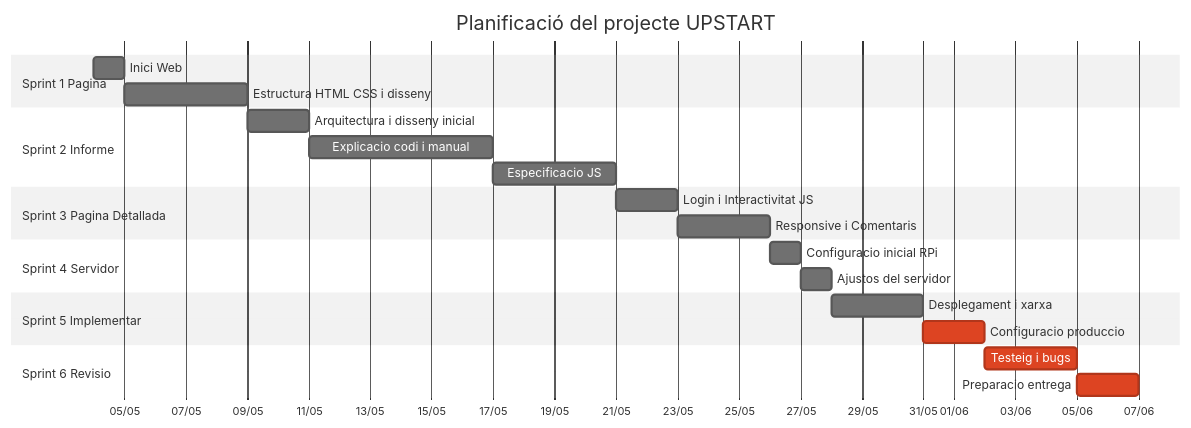
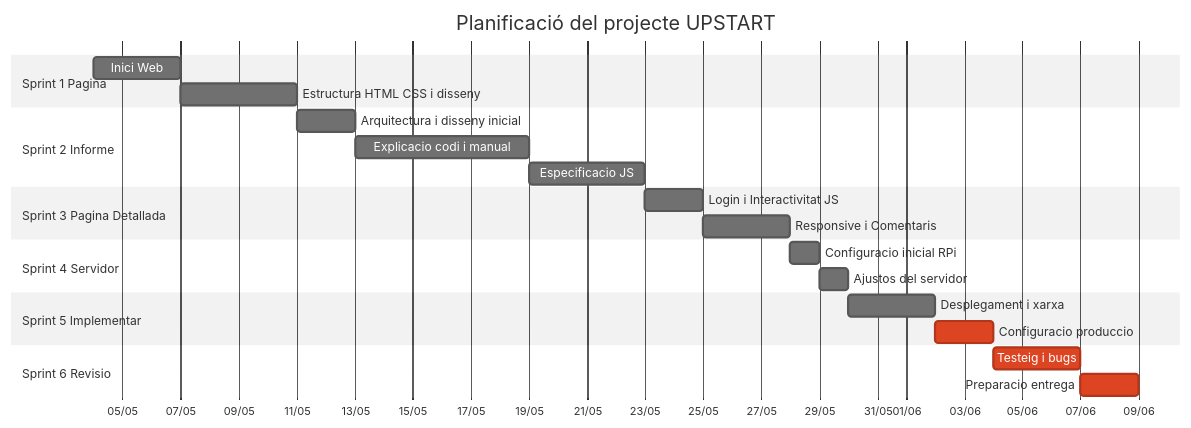
The diagram in README.md (Sukhdeep777/upstart), drawn with Mermaid (neutral theme) before and after one commit.

````diff
--- a/README.md
+++ b/README.md
@@ -2,31 +2,31 @@
 ```mermaid
 gantt
     title Planificació del projecte UPSTART
     dateFormat  YYYY-MM-DD
     axisFormat  %d/%m
 
     section Sprint 1 Pagina
-    Inici Web :s1t1, 2026-05-04, 1d
+    Inici Web :s1t1, 2026-05-04, 3d
     Estructura HTML CSS i disseny  :s1t2, after s1t1, 4d
 
     section Sprint 2 Informe
     Arquitectura i disseny inicial :s2t1, after s1t2, 2d
     Explicacio codi i manual       :s2t2, after s2t1, 6d
     Especificacio JS               :s2t3, after s2t2, 4d
 
     section Sprint 3 Pagina Detallada
     Login i Interactivitat JS      :s3t1, after s2t3, 2d
     Responsive i Comentaris        :s3t2, after s3t1, 3d
 
     section Sprint 4 Servidor
     Configuracio inicial RPi       :s4t1, after s3t2, 1d
     Ajustos del servidor           :s4t2, after s4t1, 1d
 
     section Sprint 5 Implementar
     Desplegament i xarxa           :s5t1, after s4t2, 3d
     Configuracio produccio         :crit, s5t2, after s5t1, 2d
 
     section Sprint 6 Revisio
     Testeig i bugs                 :crit, s6t1, after s5t2, 3d
     Preparacio entrega             :crit, s6t2, after s6t1, 2d
 ```
````
